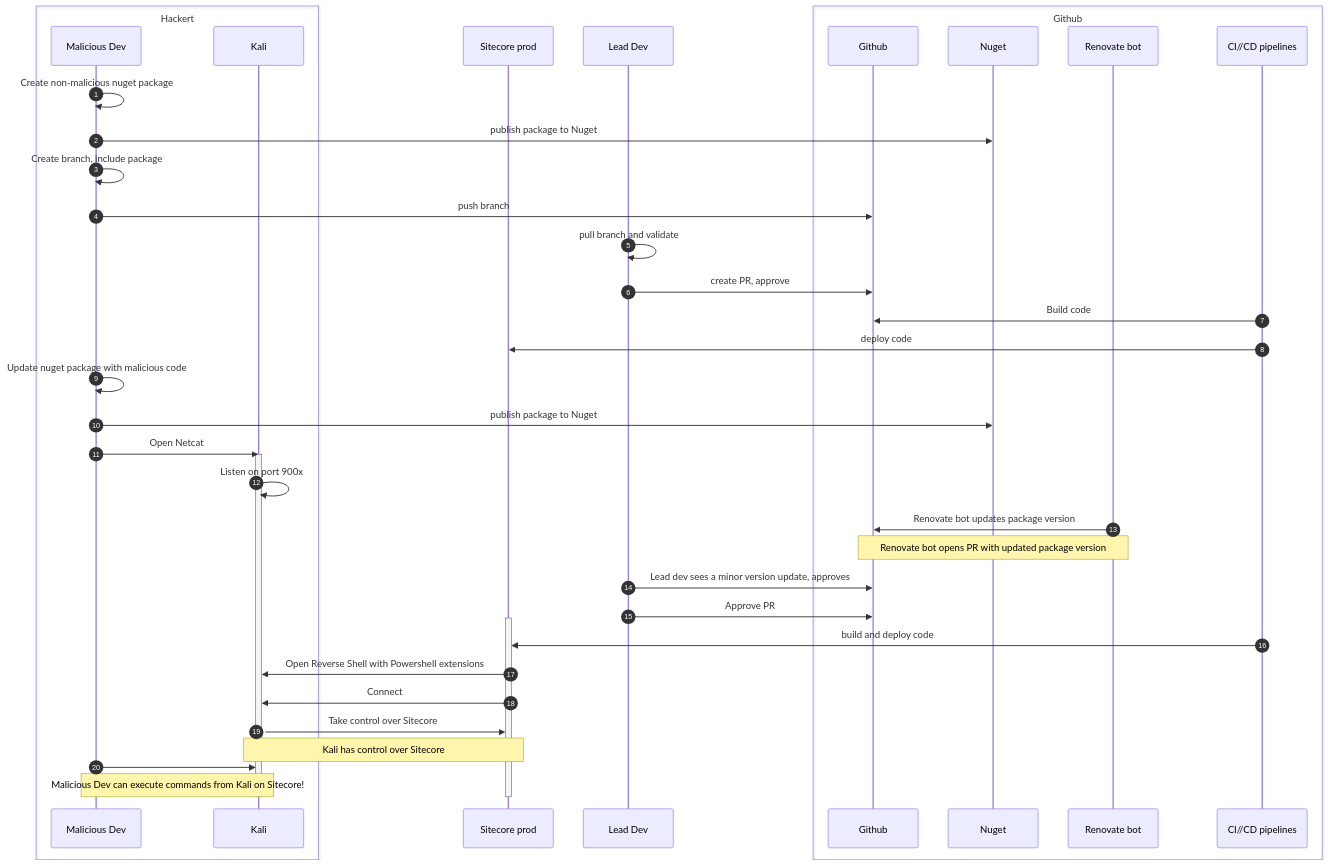
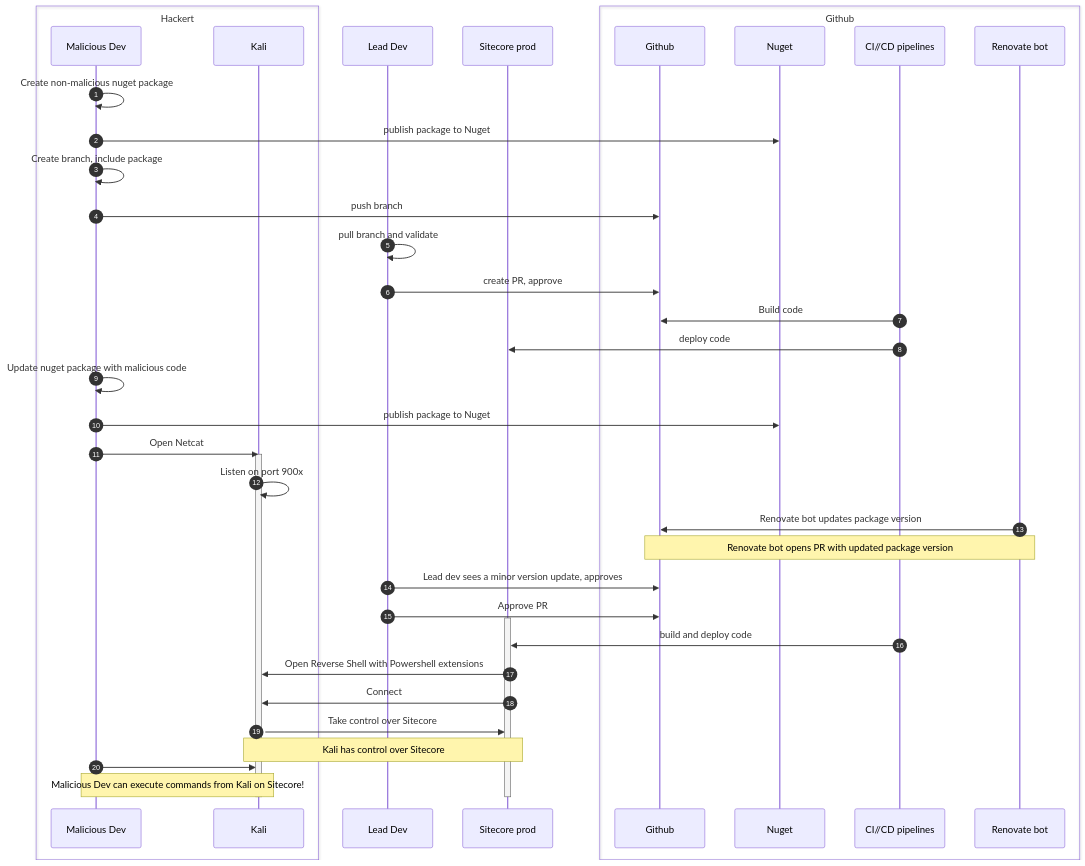
The diagram in flowdiagram-4.md (BasLijten/sugnl-hacking-sitecore), drawn with Mermaid before and after one commit. The commit also changed other lines of this file and 4 other files, not shown here.

````diff
--- a/flowdiagram-4.md
+++ b/flowdiagram-4.md
@@ -3,46 +5,46 @@
 ```mermaid
 sequenceDiagram
     box Hackert
-    participant MD as Malicious Dev
-    participant K as Kali
+        participant MD as Malicious Dev
+        participant K as Kali
     end
+    participant LD as Lead Dev
     participant P as Sitecore prod    
-    participant LD as Lead Dev
-    
+        
     box Github
-    participant G as Github  
-    participant N as Nuget
-    participant R as Renovate bot
-    participant CICD as CI//CD pipelines    
+        participant G as Github  
+        participant N as Nuget
+        participant CICD as CI//CD pipelines    
+        participant R as Renovate bot    
     end
 
     autonumber
 
     MD ->> MD: Create non-malicious nuget package
     MD ->> N: publish package to Nuget
     MD ->> MD: Create branch, include package
     MD ->> G: push branch
     LD ->> LD: pull branch and validate
     LD ->> G: create PR, approve
     CICD ->> G: Build code
     CICD ->> P: deploy code    
     MD ->> MD: Update nuget package with malicious code
     MD ->> N: publish package to Nuget
     MD ->> K: Open Netcat         
     activate  K
         K ->> K: Listen on port 900x     
         R ->> G: Renovate bot updates package version
         note over R, G: Renovate bot opens PR with updated package version
         LD ->> G: Lead dev sees a minor version update, approves
         LD ->> G: Approve PR    
         activate P
             CICD ->> P: build and deploy code        
             P ->> K: Open Reverse Shell with Powershell extensions        
             P ->> K: Connect
             K ->> P: Take control over Sitecore
             note over K, P: Kali has control over Sitecore
             MD ->> K: 
             note over MD, K: Malicious Dev can execute commands from Kali on Sitecore!
         deactivate P
     deactivate K
 ```
````
